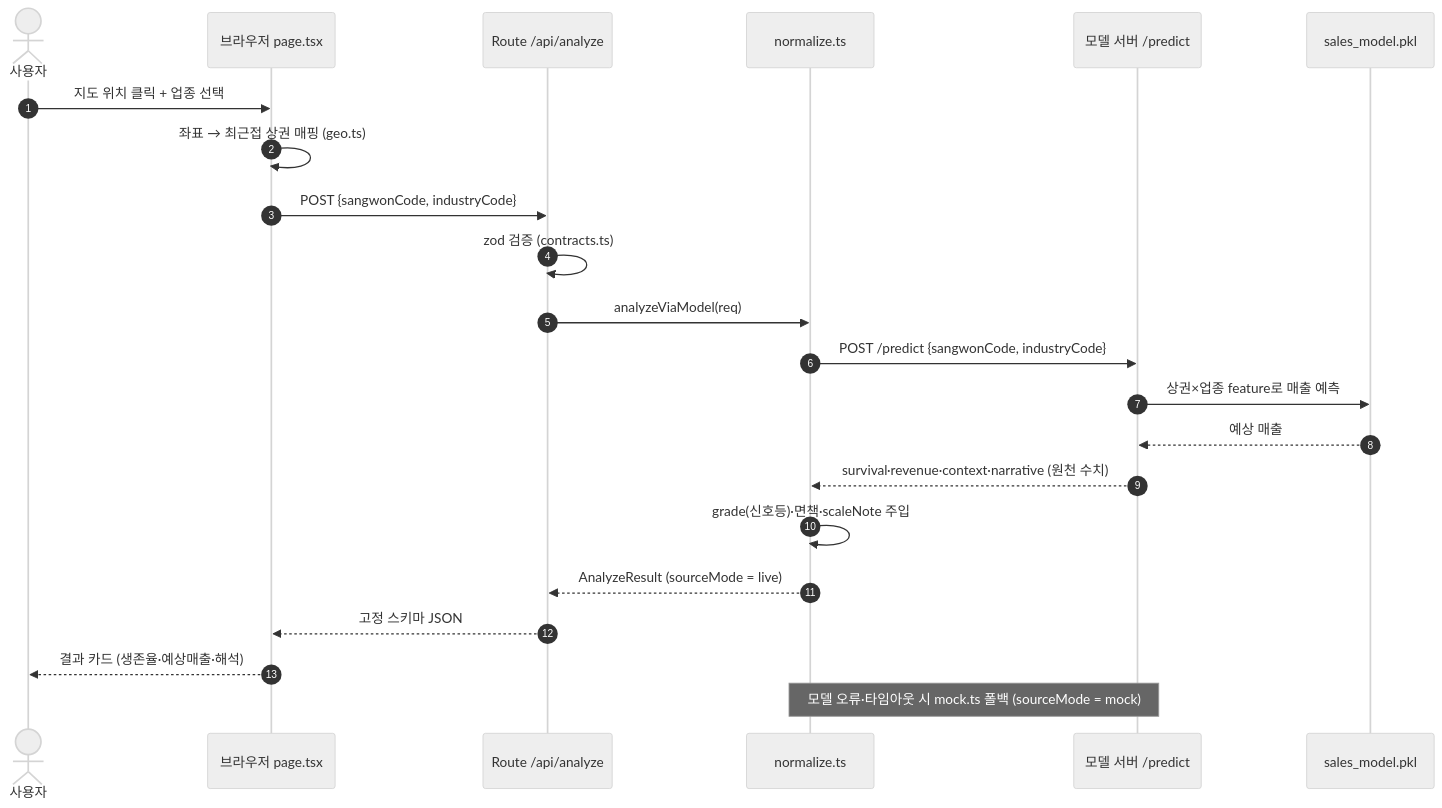
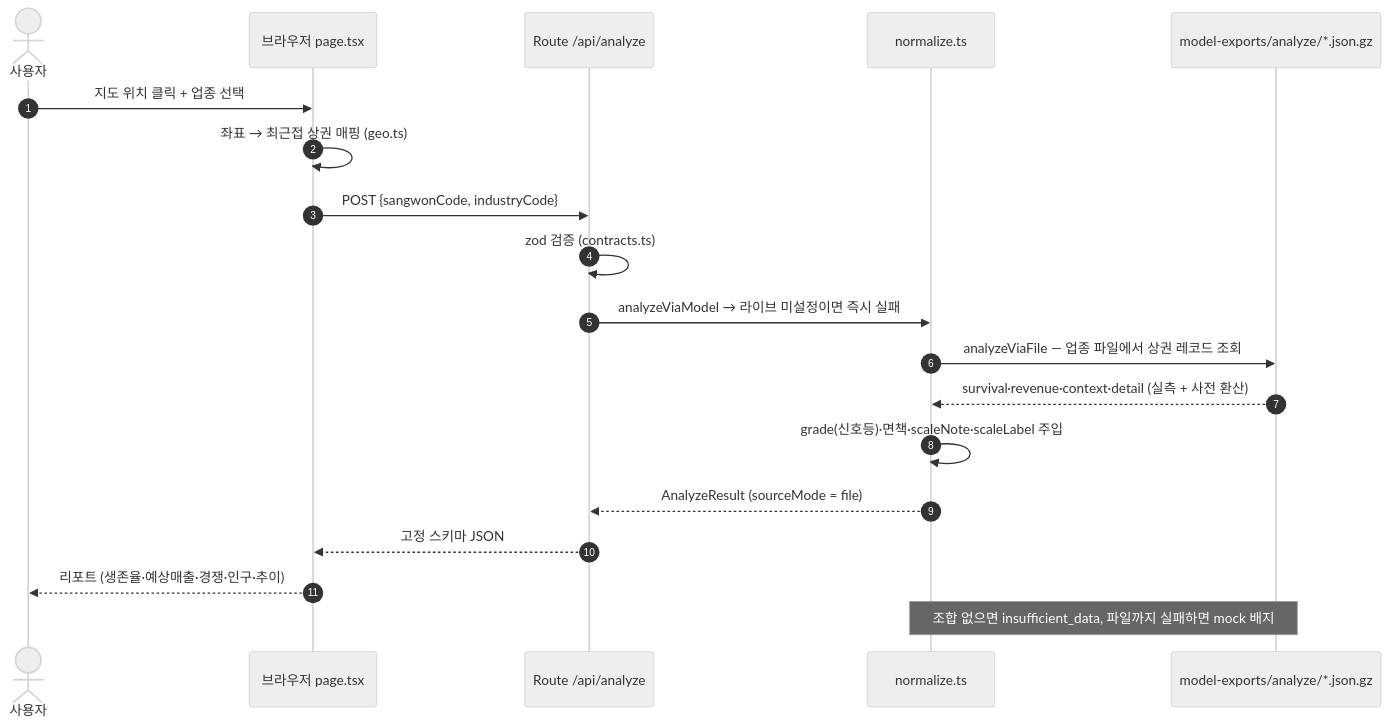
Before and after one commit to Academic-competition/web-demo: the second of 2 diagrams in README.md, drawn with Mermaid (neutral theme). The commit also changed other lines of this file and 136 other files, not shown here.

````diff
--- a/README.md
+++ b/README.md
@@ -70,25 +82,22 @@
 ```mermaid
 sequenceDiagram
     autonumber
     actor U as 사용자
     participant B as 브라우저 page.tsx
     participant R as Route /api/analyze
     participant N as normalize.ts
-    participant M as 모델 서버 /predict
-    participant K as sales_model.pkl
+    participant F as model-exports/analyze/*.json.gz
 
     U->>B: 지도 위치 클릭 + 업종 선택
     B->>B: 좌표 → 최근접 상권 매핑 (geo.ts)
     B->>R: POST {sangwonCode, industryCode}
     R->>R: zod 검증 (contracts.ts)
-    R->>N: analyzeViaModel(req)
-    N->>M: POST /predict {sangwonCode, industryCode}
-    M->>K: 상권×업종 feature로 매출 예측
-    K-->>M: 예상 매출
-    M-->>N: survival·revenue·context·narrative (원천 수치)
-    N->>N: grade(신호등)·면책·scaleNote 주입
-    N-->>R: AnalyzeResult (sourceMode = live)
+    R->>N: analyzeViaModel → 라이브 미설정이면 즉시 실패
+    N->>F: analyzeViaFile — 업종 파일에서 상권 레코드 조회
+    F-->>N: survival·revenue·context·detail (실측 + 사전 환산)
+    N->>N: grade(신호등)·면책·scaleNote·scaleLabel 주입
+    N-->>R: AnalyzeResult (sourceMode = file)
     R-->>B: 고정 스키마 JSON
-    B-->>U: 결과 카드 (생존율·예상매출·해석)
-    Note over N,M: 모델 오류·타임아웃 시 mock.ts 폴백 (sourceMode = mock)
+    B-->>U: 리포트 (생존율·예상매출·경쟁·인구·추이)
+    Note over N,F: 조합 없으면 insufficient_data, 파일까지 실패하면 mock 배지
 ```
````
